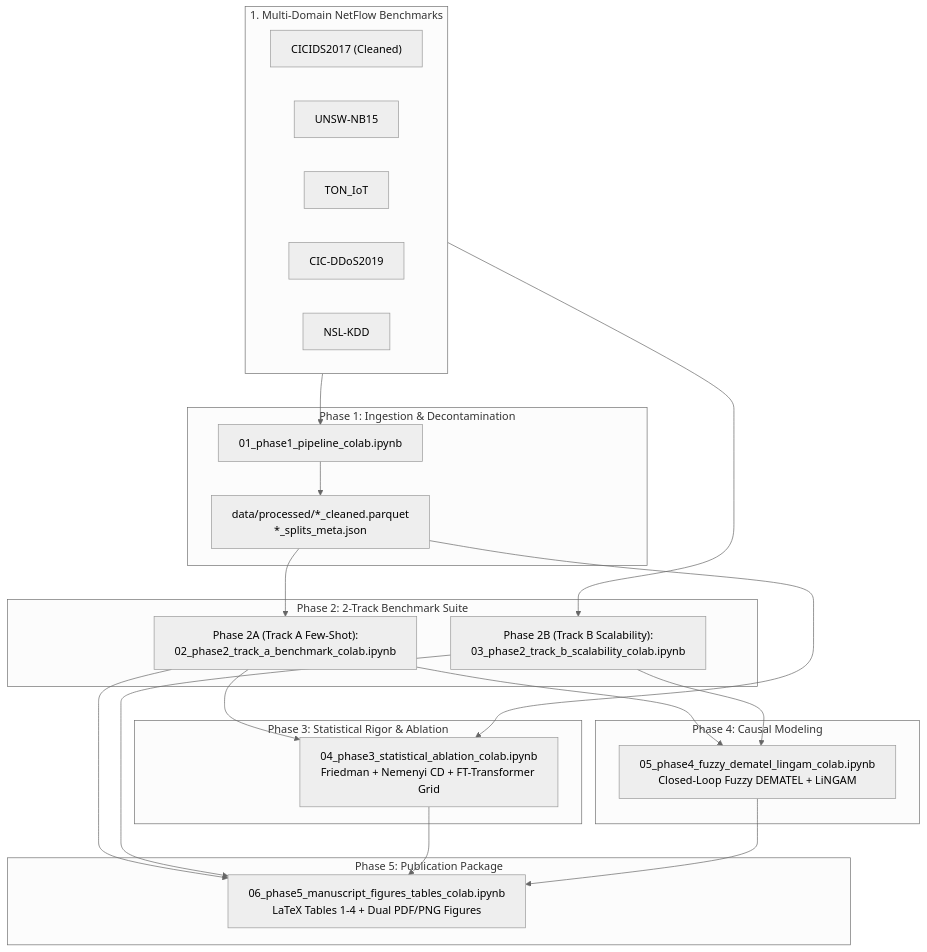
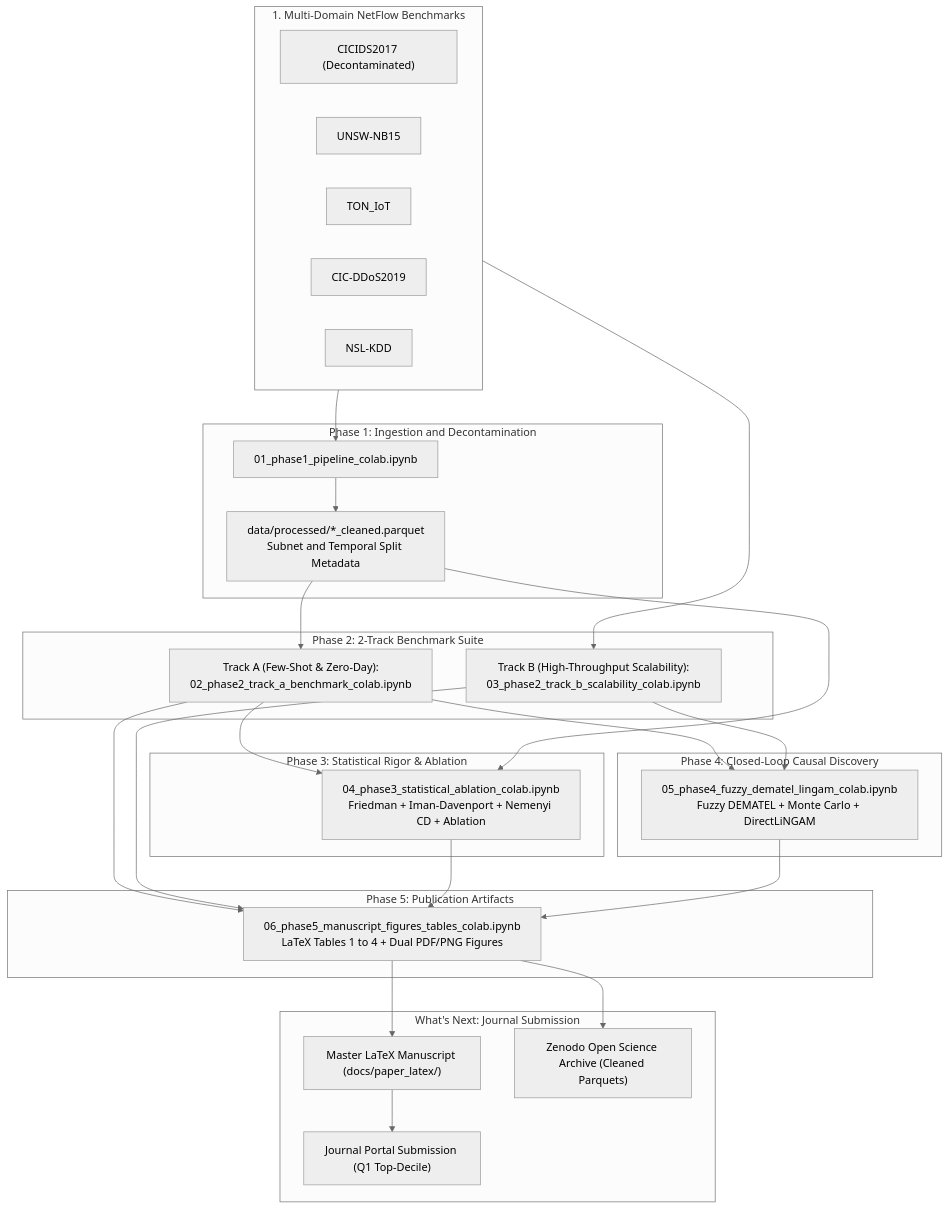
Before and after one commit to FY72X9/is_ai-vuln: the first of 2 diagrams in README.md, drawn with Mermaid (neutral theme). The commit also changed other lines of this file and 2 other files, not shown here.

````diff
--- a/README.md
+++ b/README.md
@@ -15,41 +18,49 @@
 ```mermaid
 flowchart TD
     subgraph Data["1. Multi-Domain NetFlow Benchmarks"]
-        CIC17["CICIDS2017 (Cleaned)"]
+        CIC17["CICIDS2017 (Decontaminated)"]
         UNSW["UNSW-NB15"]
         TON["TON_IoT"]
         DDoS["CIC-DDoS2019"]
         KDD["NSL-KDD"]
     end
 
-    subgraph Phase1["Phase 1: Ingestion & Decontamination"]
+    subgraph Phase1["Phase 1: Ingestion and Decontamination"]
         NB01["01_phase1_pipeline_colab.ipynb"]
-        Parquet["data/processed/*_cleaned.parquet<br/>*_splits_meta.json"]
+        Parquet["data/processed/*_cleaned.parquet<br/>Subnet and Temporal Split Metadata"]
     end
 
     subgraph Phase2["Phase 2: 2-Track Benchmark Suite"]
-        NB02["Phase 2A (Track A Few-Shot):<br/>02_phase2_track_a_benchmark_colab.ipynb"]
-        NB03["Phase 2B (Track B Scalability):<br/>03_phase2_track_b_scalability_colab.ipynb"]
+        NB02["Track A (Few-Shot & Zero-Day):<br/>02_phase2_track_a_benchmark_colab.ipynb"]
+        NB03["Track B (High-Throughput Scalability):<br/>03_phase2_track_b_scalability_colab.ipynb"]
     end
 
     subgraph Phase3["Phase 3: Statistical Rigor & Ablation"]
-        NB04["04_phase3_statistical_ablation_colab.ipynb<br/>Friedman + Nemenyi CD + FT-Transformer Grid"]
+        NB04["04_phase3_statistical_ablation_colab.ipynb<br/>Friedman + Iman-Davenport + Nemenyi CD + Ablation"]
     end
 
-    subgraph Phase4["Phase 4: Causal Modeling"]
-        NB05["05_phase4_fuzzy_dematel_lingam_colab.ipynb<br/>Closed-Loop Fuzzy DEMATEL + LiNGAM"]
+    subgraph Phase4["Phase 4: Closed-Loop Causal Discovery"]
+        NB05["05_phase4_fuzzy_dematel_lingam_colab.ipynb<br/>Fuzzy DEMATEL + Monte Carlo + DirectLiNGAM"]
     end
 
-    subgraph Phase5["Phase 5: Publication Package"]
-        NB06["06_phase5_manuscript_figures_tables_colab.ipynb<br/>LaTeX Tables 1-4 + Dual PDF/PNG Figures"]
+    subgraph Phase5["Phase 5: Publication Artifacts"]
+        NB06["06_phase5_manuscript_figures_tables_colab.ipynb<br/>LaTeX Tables 1 to 4 + Dual PDF/PNG Figures"]
+    end
+
+    subgraph Next["What's Next: Journal Submission"]
+        LaTeX["Master LaTeX Manuscript (docs/paper_latex/)"]
+        Zenodo["Zenodo Open Science Archive (Cleaned Parquets)"]
+        Submit["Journal Portal Submission (Q1 Top-Decile)"]
     end
 
     Data --> NB01 --> Parquet
     Parquet --> NB02
     Data --> NB03
     NB02 --> NB04
     Parquet --> NB04
     NB02 --> NB05
     NB03 --> NB05
     NB02 & NB03 & NB04 & NB05 --> NB06
+    NB06 --> LaTeX --> Submit
+    NB06 --> Zenodo
 ```
````
